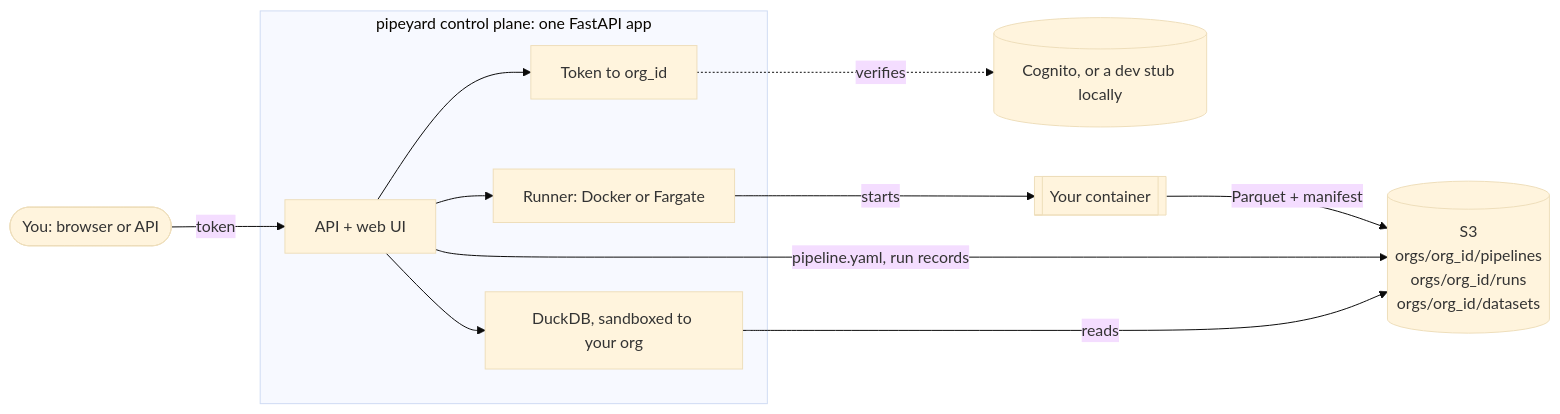
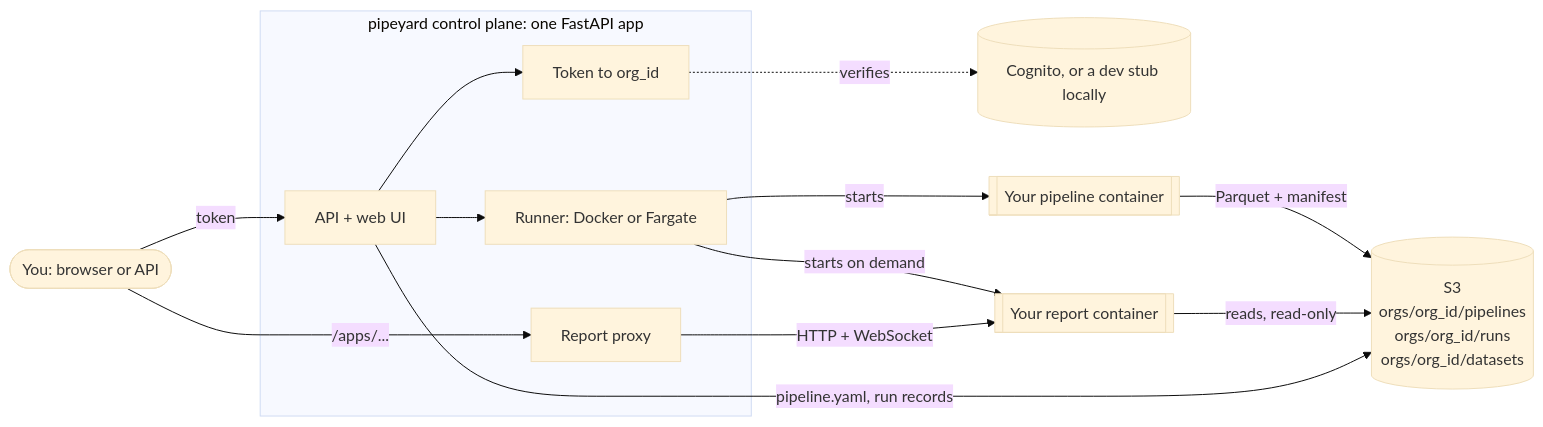
The diagram in README.md (hungovercoders/pipeyard), drawn with Mermaid (base theme) before and after one commit. The commit also changed other lines of this file and 34 other files, not shown here.

````diff
--- a/README.md
+++ b/README.md
@@ -98,20 +112,24 @@
 ```mermaid
 flowchart LR
     user([You: browser or API])
     subgraph cp[pipeyard control plane: one FastAPI app]
         api[API + web UI]
         auth[Token to org_id]
-        query[DuckDB, sandboxed to your org]
+        proxy[Report proxy]
         runner[Runner: Docker or Fargate]
     end
     idp[(Cognito, or a dev stub locally)]
-    task[[Your container]]
+    task[[Your pipeline container]]
+    app[[Your report container]]
     s3[(S3<br/>orgs/org_id/pipelines<br/>orgs/org_id/runs<br/>orgs/org_id/datasets)]
 
     user -- token --> api
     api --> auth -. verifies .-> idp
-    api --> runner -- starts --> task
+    api --> runner
+    runner -- starts --> task
+    runner -- starts on demand --> app
     task -- "Parquet + manifest" --> s3
+    app -- "reads, read-only" --> s3
+    user -- "/apps/..." --> proxy -- "HTTP + WebSocket" --> app
     api -- "pipeline.yaml, run records" --> s3
-    api --> query -- reads --> s3
 ```
````
